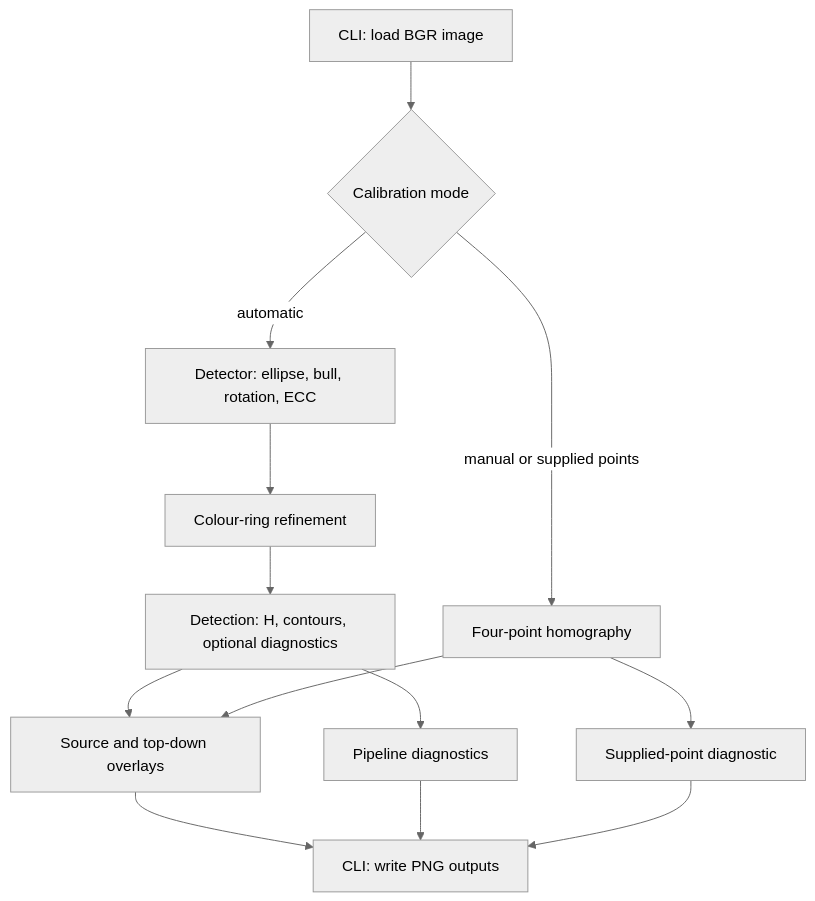
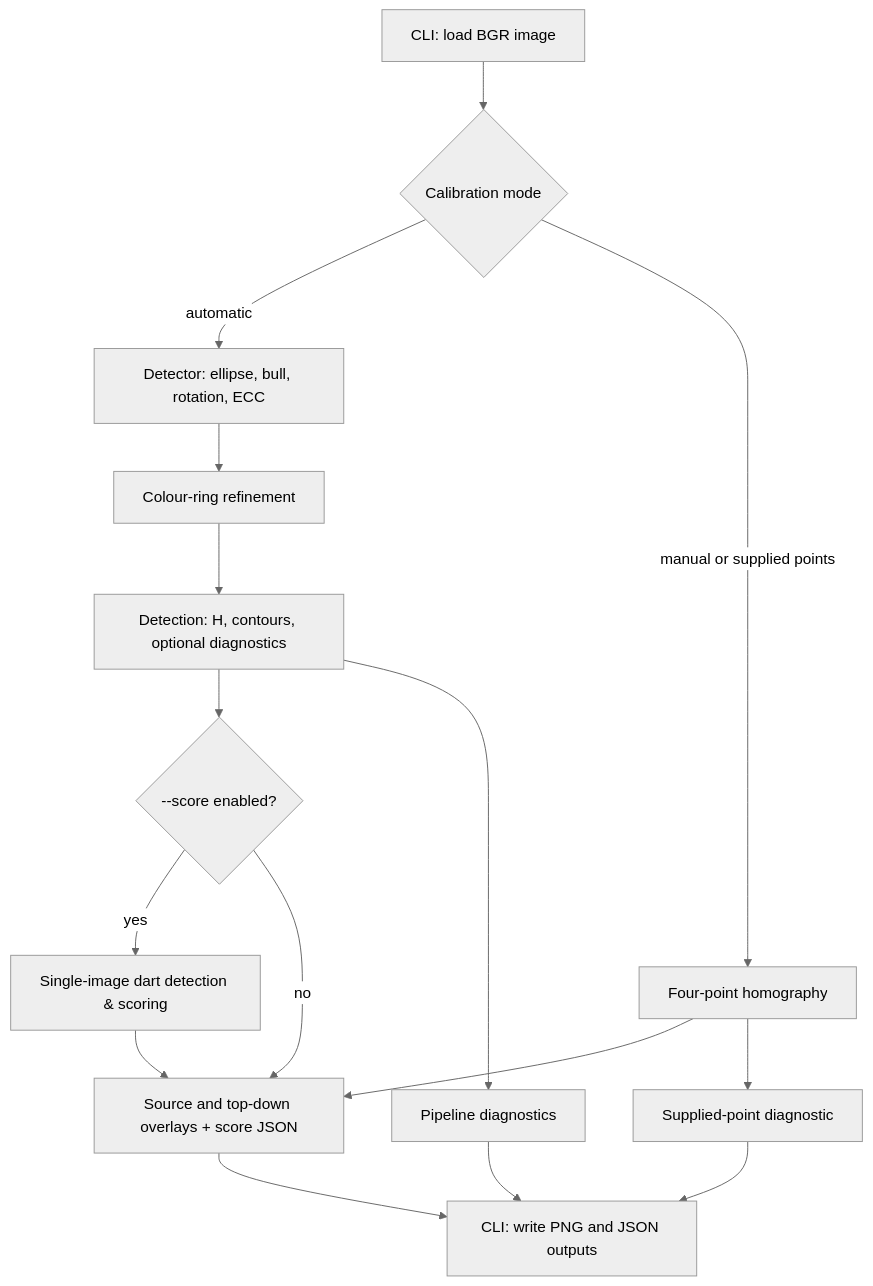
The diagram in docs/architecture.md (ueliwechsler/dartcv), drawn with Mermaid (neutral theme) before and after one commit. The commit also changed other lines of this file and 15 other files, not shown here.

First line of the commit message:
feat: implement first-principles dart detection and scoring pipeline

````diff
--- a/docs/architecture.md
+++ b/docs/architecture.md
@@ -24,15 +30,18 @@
 ```mermaid
 flowchart TD
     CLI[CLI: load BGR image] --> Mode{Calibration mode}
     Mode -->|automatic| Detect[Detector: ellipse, bull, rotation, ECC]
     Detect --> Rings[Colour-ring refinement]
     Rings --> Result[Detection: H, contours, optional diagnostics]
     Mode -->|manual or supplied points| Geometry[Four-point homography]
-    Result --> Render[Source and top-down overlays]
+    Result --> ScoreOpt{--score enabled?}
+    ScoreOpt -->|yes| Darts[Single-image dart detection & scoring]
+    Darts --> Render[Source and top-down overlays + score JSON]
+    ScoreOpt -->|no| Render
     Geometry --> Render
     Result --> Debug[Pipeline diagnostics]
     Geometry --> Calib[Supplied-point diagnostic]
-    Render --> Write[CLI: write PNG outputs]
+    Render --> Write[CLI: write PNG and JSON outputs]
     Debug --> Write
     Calib --> Write
 ```
````
